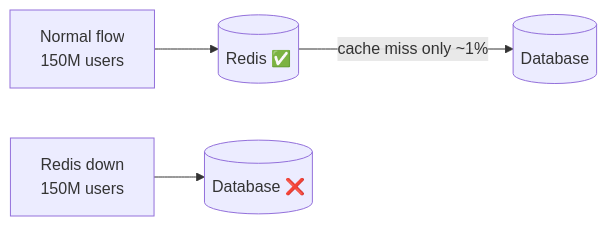
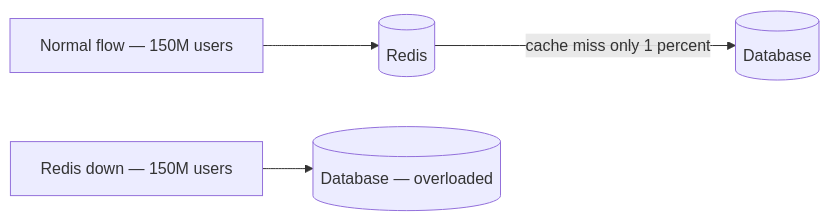
One commit to Dummy-Bug/system-design-handbook changed the first of 3 diagrams in System Design/SDE2/12-Case-Studies/14-Netflix/03-Deep-Dives/09-Fault-Isolation/02-Cache-Failure.md. Above: the diagram before and after it, drawn with Mermaid. The commit also changed other lines of this file and 12 other files, not shown here.

````diff
--- a/System Design/SDE2/12-Case-Studies/14-Netflix/03-Deep-Dives/09-Fault-Isolation/02-Cache-Failure.md
+++ b/System Design/SDE2/12-Case-Studies/14-Netflix/03-Deep-Dives/09-Fault-Isolation/02-Cache-Failure.md
@@ -13,7 +13,7 @@
 ```mermaid
 flowchart LR
-    Normal["Normal flow\n150M users"] --> Redis[(Redis ✅)]
-    Redis -->|cache miss only ~1%| DB[(Database)]
+    A[Normal flow — 150M users] --> Redis[(Redis)]
+    Redis -->|cache miss only 1 percent| DB[(Database)]
 
-    Failed["Redis down\n150M users"] --> DB2[(Database ❌)]
+    B[Redis down — 150M users] --> DB2[(Database — overloaded)]
 ```
````
